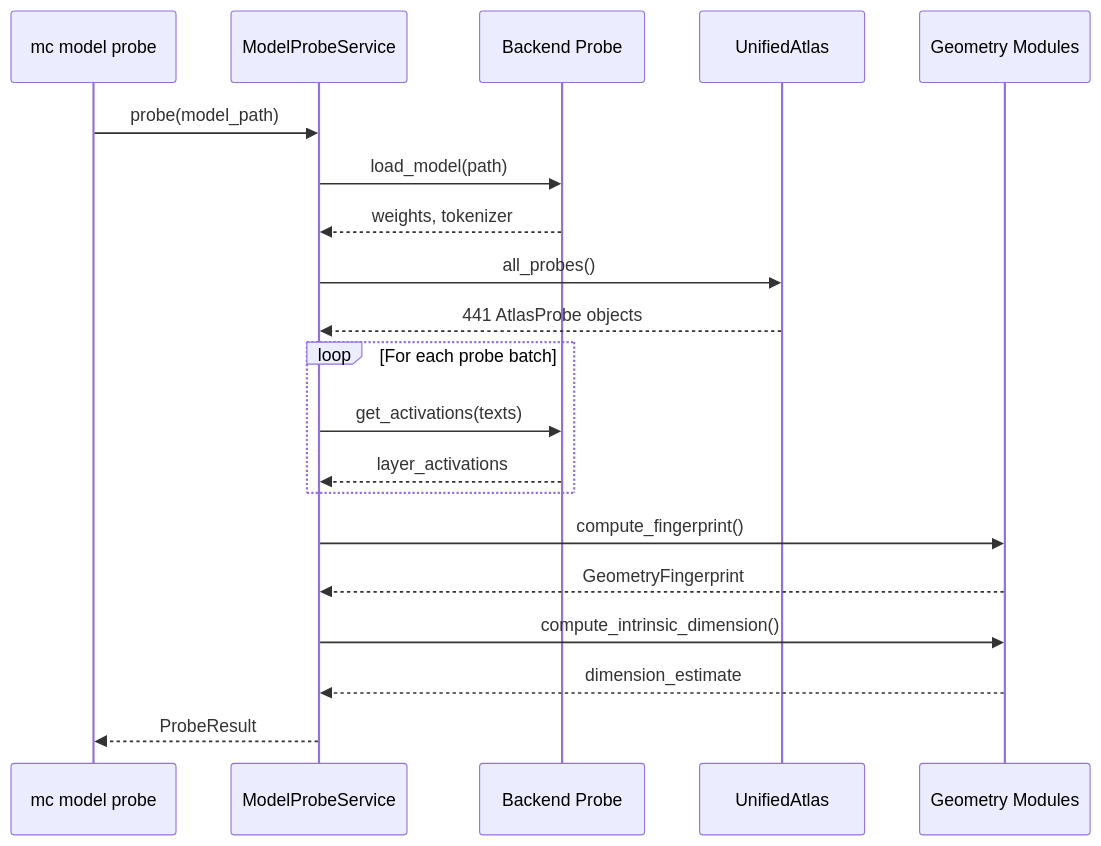
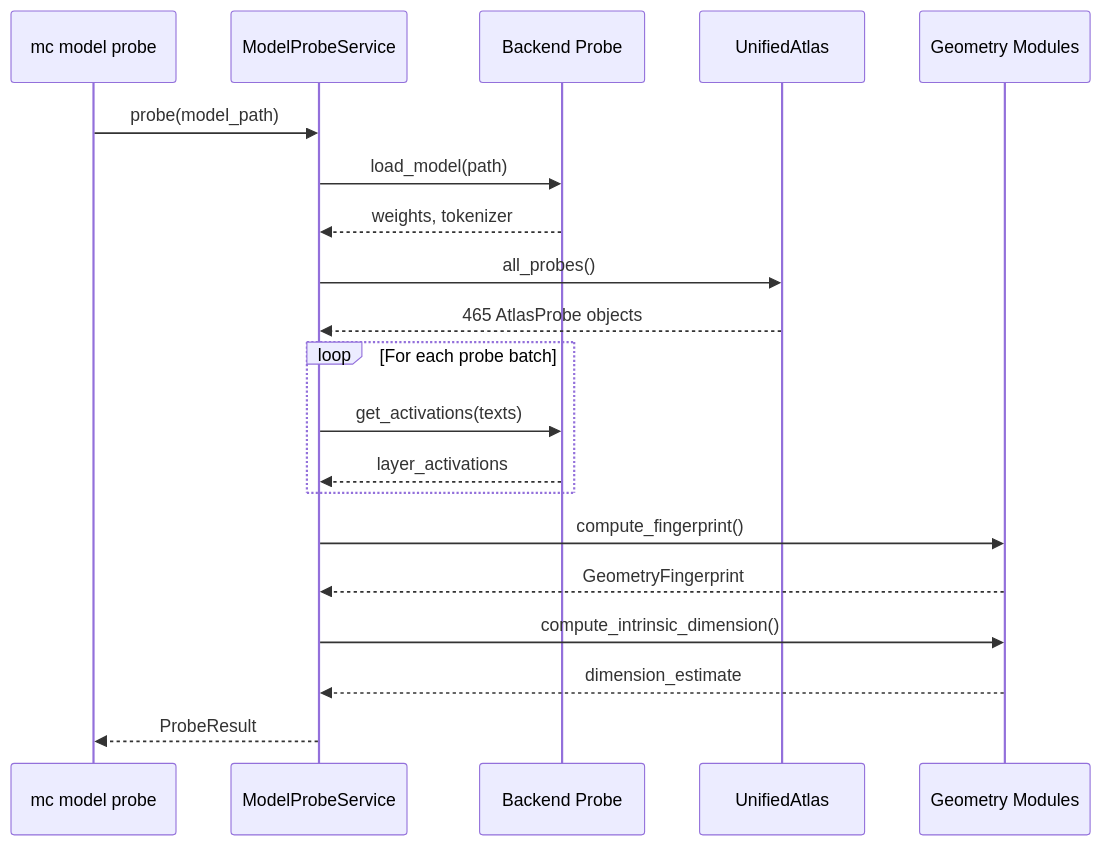
The third of 4 diagrams in docs/ARCHITECTURE.md (Ethyros-AI/ModelCypher), drawn with Mermaid before and after one commit. The commit also changed other lines of this file and 21 other files, not shown here.

````diff
--- a/docs/ARCHITECTURE.md
+++ b/docs/ARCHITECTURE.md
@@ -176,28 +176,28 @@
 ```mermaid
 sequenceDiagram
     participant CLI as mc model probe
     participant SVC as ModelProbeService
     participant PROBE as Backend Probe
     participant ATLAS as UnifiedAtlas
     participant GEOM as Geometry Modules
 
     CLI->>SVC: probe(model_path)
     SVC->>PROBE: load_model(path)
     PROBE-->>SVC: weights, tokenizer
 
     SVC->>ATLAS: all_probes()
-    ATLAS-->>SVC: 441 AtlasProbe objects
+    ATLAS-->>SVC: 465 AtlasProbe objects
 
     loop For each probe batch
         SVC->>PROBE: get_activations(texts)
         PROBE-->>SVC: layer_activations
     end
 
     SVC->>GEOM: compute_fingerprint()
     GEOM-->>SVC: GeometryFingerprint
 
     SVC->>GEOM: compute_intrinsic_dimension()
     GEOM-->>SVC: dimension_estimate
 
     SVC-->>CLI: ProbeResult
 ```
````
